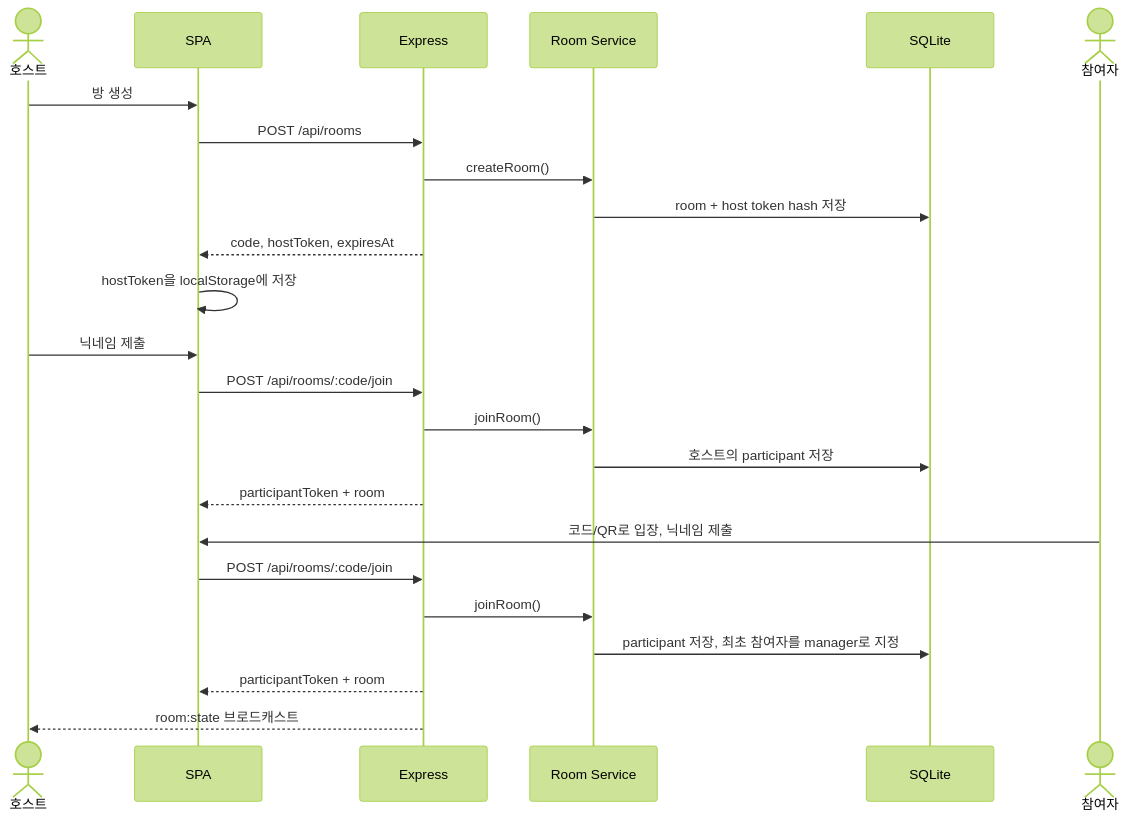
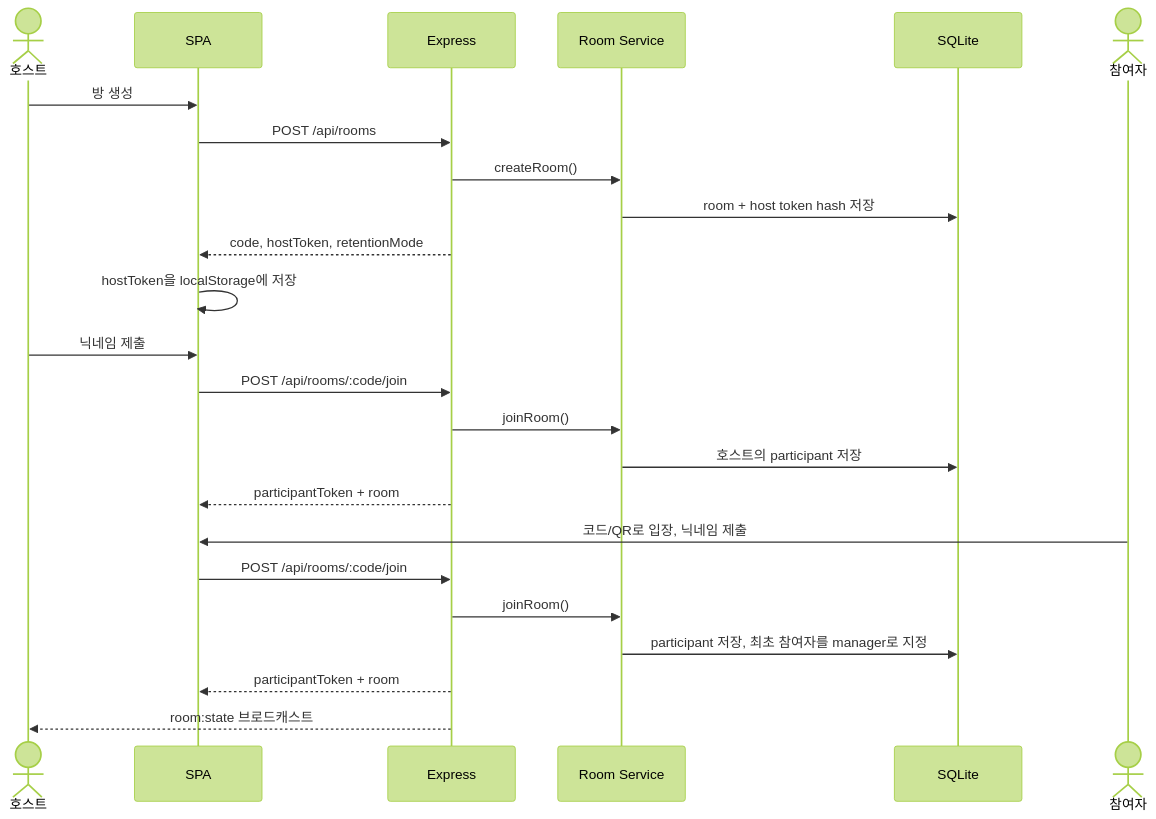
Before and after one commit to whitekw/jukebox: the fourth of 7 diagrams in docs/ARCHITECTURE.md, drawn with Mermaid (forest theme). The commit also changed other lines of this file and 28 other files, not shown here.

````diff
--- a/docs/ARCHITECTURE.md
+++ b/docs/ARCHITECTURE.md
@@ -154,28 +163,28 @@
 ```mermaid
 sequenceDiagram
     actor Host as 호스트
     participant FE as SPA
     participant API as Express
     participant RS as Room Service
     participant DB as SQLite
     actor Guest as 참여자
 
     Host->>FE: 방 생성
     FE->>API: POST /api/rooms
     API->>RS: createRoom()
     RS->>DB: room + host token hash 저장
-    API-->>FE: code, hostToken, expiresAt
+    API-->>FE: code, hostToken, retentionMode
     FE->>FE: hostToken을 localStorage에 저장
     Host->>FE: 닉네임 제출
     FE->>API: POST /api/rooms/:code/join
     API->>RS: joinRoom()
     RS->>DB: 호스트의 participant 저장
     API-->>FE: participantToken + room
 
     Guest->>FE: 코드/QR로 입장, 닉네임 제출
     FE->>API: POST /api/rooms/:code/join
     API->>RS: joinRoom()
     RS->>DB: participant 저장, 최초 참여자를 manager로 지정
     API-->>FE: participantToken + room
     API-->>Host: room:state 브로드캐스트
 ```
````
